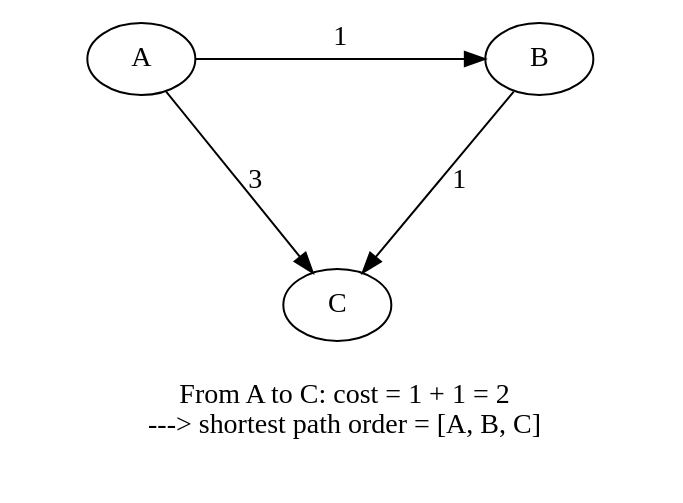
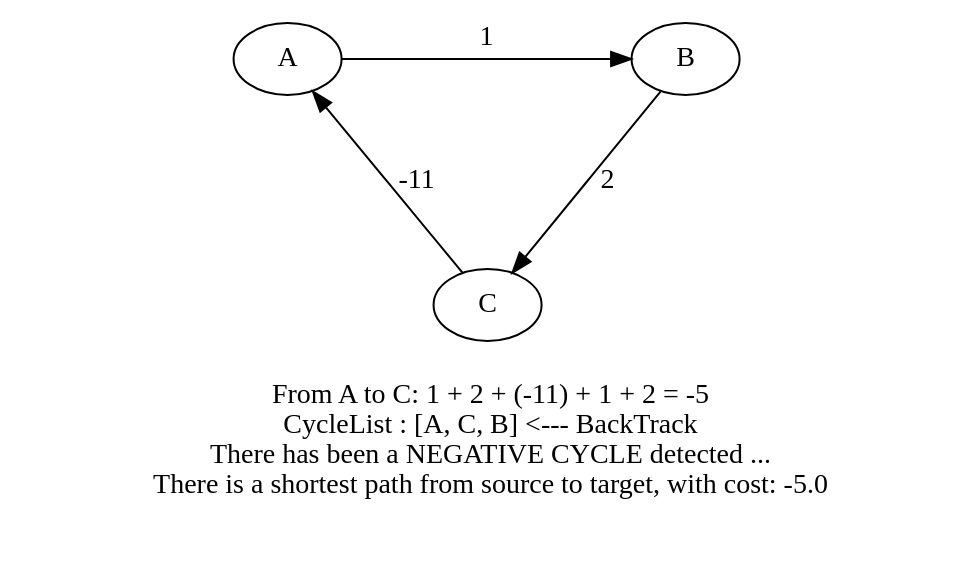
One commit to thai321/Algorithm-Problems-Java changed the diagram in Shortest Path Algorithms/docs/BellManFord2.dot. Above: the diagram before and after it, drawn with Graphviz. The commit also changed 4 other files, not shown here.

Commit message:
Add Cycle List for BellmanFord and update reademe

```diff
--- a/Shortest Path Algorithms/docs/BellManFord2.dot
+++ b/Shortest Path Algorithms/docs/BellManFord2.dot
@@ -1,20 +1,22 @@
 digraph G {
   splines=line;
 
   ratio = 0.5;
   ranksep=1;
 
   A -> B [label = 1]
-  A -> C [label = 3]
-  B -> C [label = 1]
+  B -> C [label = 2]
+  C -> A [label = -11]
 
   {rank=same; A B }
   {rank=same; C }
 
   forcelabels=true;
 	node [shape=plaintext]
 	label = "
-  From A to C: cost = 1 + 1 = 2
-  ---> shortest path order = [A, B, C]
+  From A to C: 1 + 2 + (-11) + 1 + 2 = -5
+  CycleList : [A, C, B] <--- BackTrack
+  There has been a NEGATIVE CYCLE detected ...
+  There is a shortest path from source to target, with cost: -5.0
 	"
 }
```
